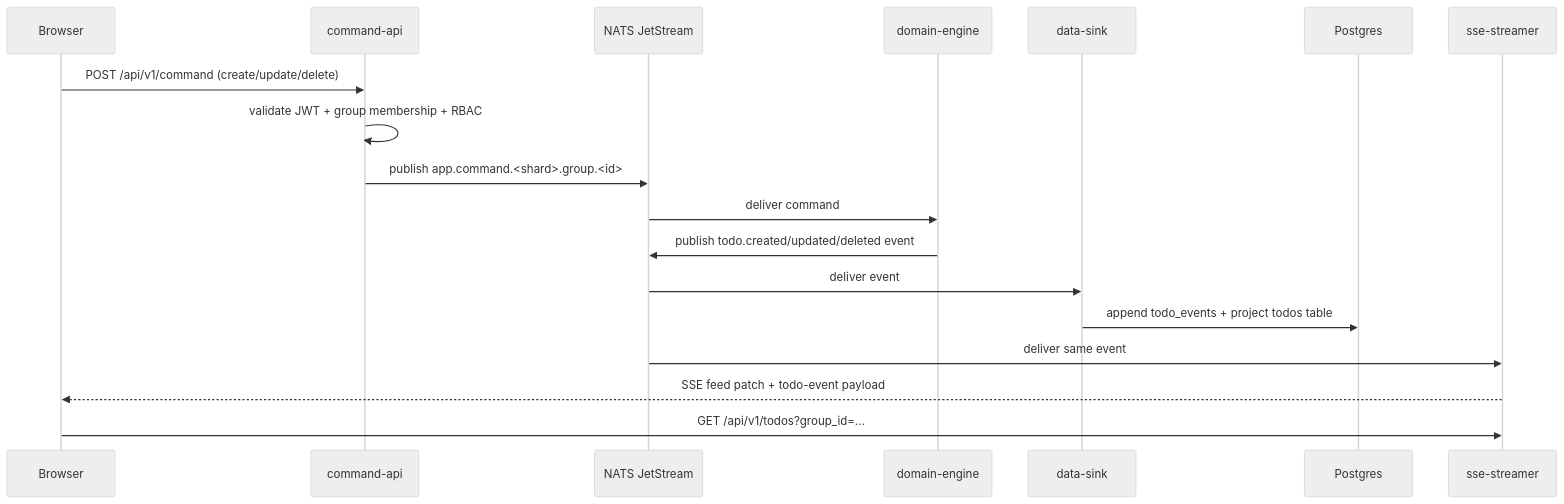
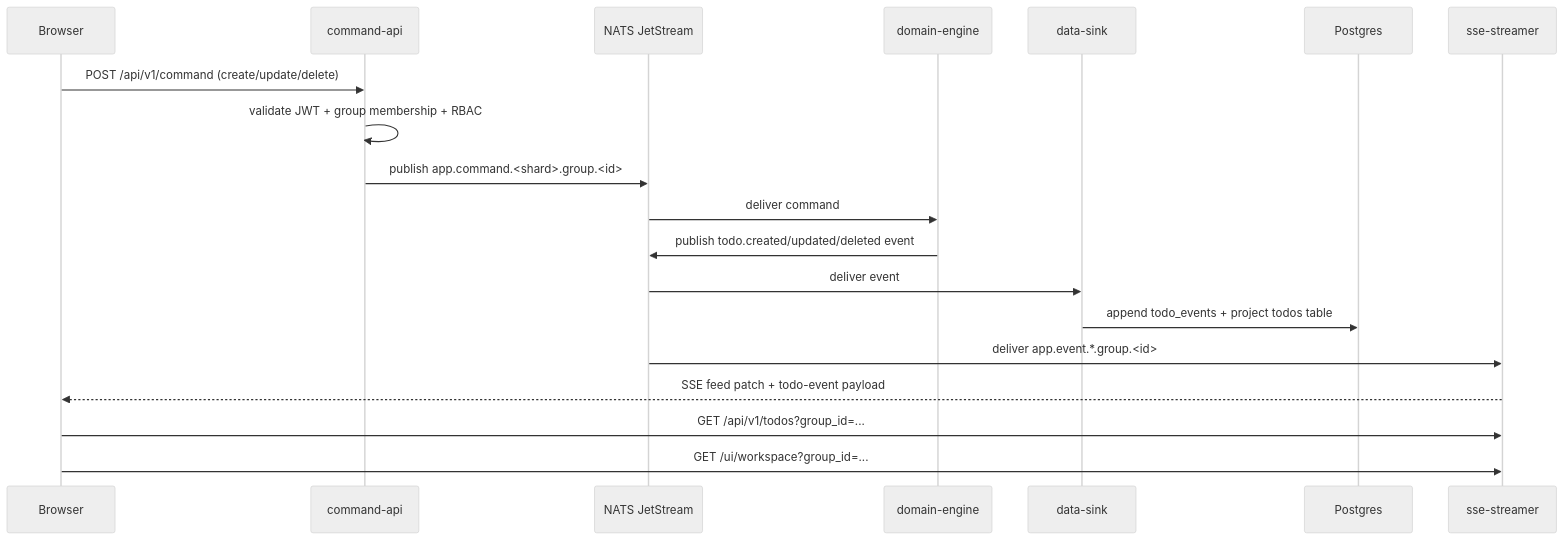
Before and after one commit to lieranderl/todo-1M: the fourth of 5 diagrams in README.md, drawn with Mermaid (neutral theme). The commit also changed other lines of this file and 8 other files, not shown here.

````diff
--- a/README.md
+++ b/README.md
@@ -93,21 +95,22 @@
 ```mermaid
 sequenceDiagram
     participant Browser
     participant API as command-api
     participant NATS as NATS JetStream
     participant DE as domain-engine
     participant DS as data-sink
     participant DB as Postgres
     participant SSE as sse-streamer
 
     Browser->>API: POST /api/v1/command (create/update/delete)
     API->>API: validate JWT + group membership + RBAC
     API->>NATS: publish app.command.<shard>.group.<id>
     NATS->>DE: deliver command
     DE->>NATS: publish todo.created/updated/deleted event
     NATS->>DS: deliver event
     DS->>DB: append todo_events + project todos table
-    NATS->>SSE: deliver same event
+    NATS->>SSE: deliver app.event.*.group.<id>
     SSE-->>Browser: SSE feed patch + todo-event payload
     Browser->>SSE: GET /api/v1/todos?group_id=...
+    Browser->>SSE: GET /ui/workspace?group_id=...
 ```
````
